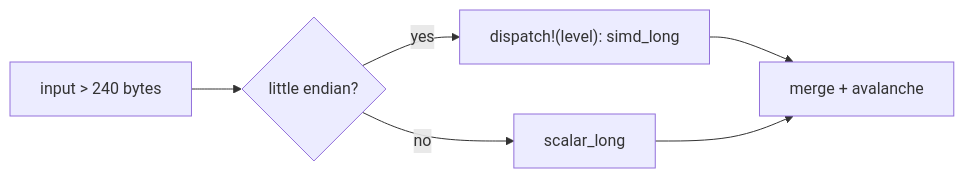
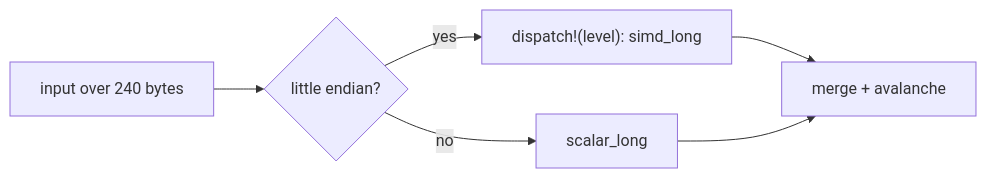
One commit to M-Compressors/mopenzl changed the second of 2 diagrams in architecture/shared-primitives.md. Above: the diagram before and after it, drawn with Mermaid. The commit also changed other lines of this file and 784 other files, not shown here.

Commit message:
Support graph with all codecs

````diff
--- a/architecture/shared-primitives.md
+++ b/architecture/shared-primitives.md
@@ -29,8 +71,8 @@
 ```mermaid
 flowchart LR
-    I[input > 240 bytes] --> D{little endian?}
+    I["input over 240 bytes"] --> D{little endian?}
     D -- yes --> X["dispatch!(level): simd_long"]
     D -- no --> S[scalar_long]
     X --> M[merge + avalanche]
     S --> M
 ```
````
